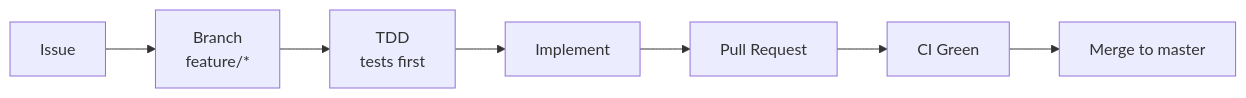
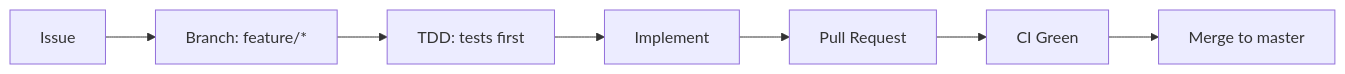
One commit to dremdem/illuminati changed the first of 2 diagrams in docs/development-guide.md. Above: the diagram before and after it, drawn with Mermaid. The commit also changed other lines of this file and 2 other files, not shown here.

Commit message:
fix: shorten Mermaid diagram labels to prevent text truncation
Remove <br/> multiline labels and long descriptions from Mermaid nodes.
GitHub renders these in fixed-width boxes that clip long text.
Moved detailed descriptions into companion tables instead.

````diff
--- a/docs/development-guide.md
+++ b/docs/development-guide.md
@@ -41,9 +41,9 @@
 ```mermaid
 graph LR
-    I[Issue] --> B[Branch<br/>feature/*]
-    B --> T[TDD<br/>tests first]
+    I[Issue] --> B["Branch: feature/*"]
+    B --> T["TDD: tests first"]
     T --> IMPL[Implement]
     IMPL --> PR[Pull Request]
     PR --> CI[CI Green]
     CI --> M[Merge to master]
 ```
````
